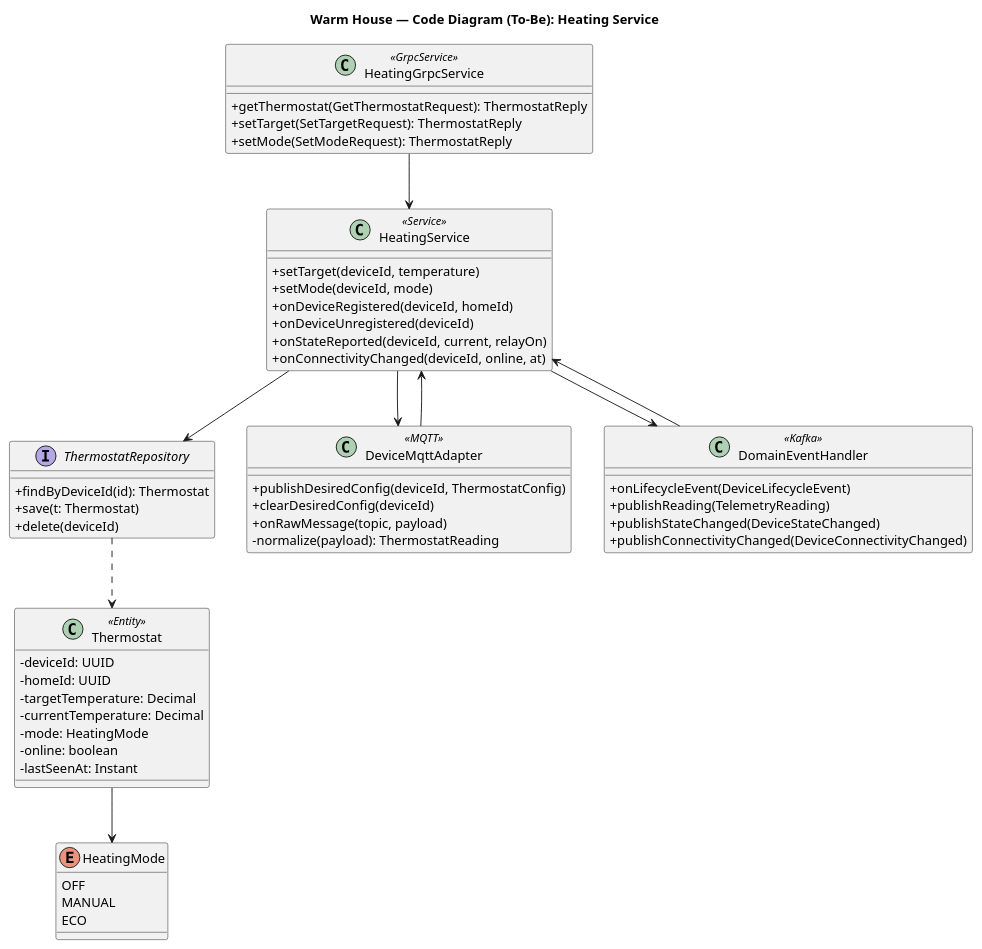
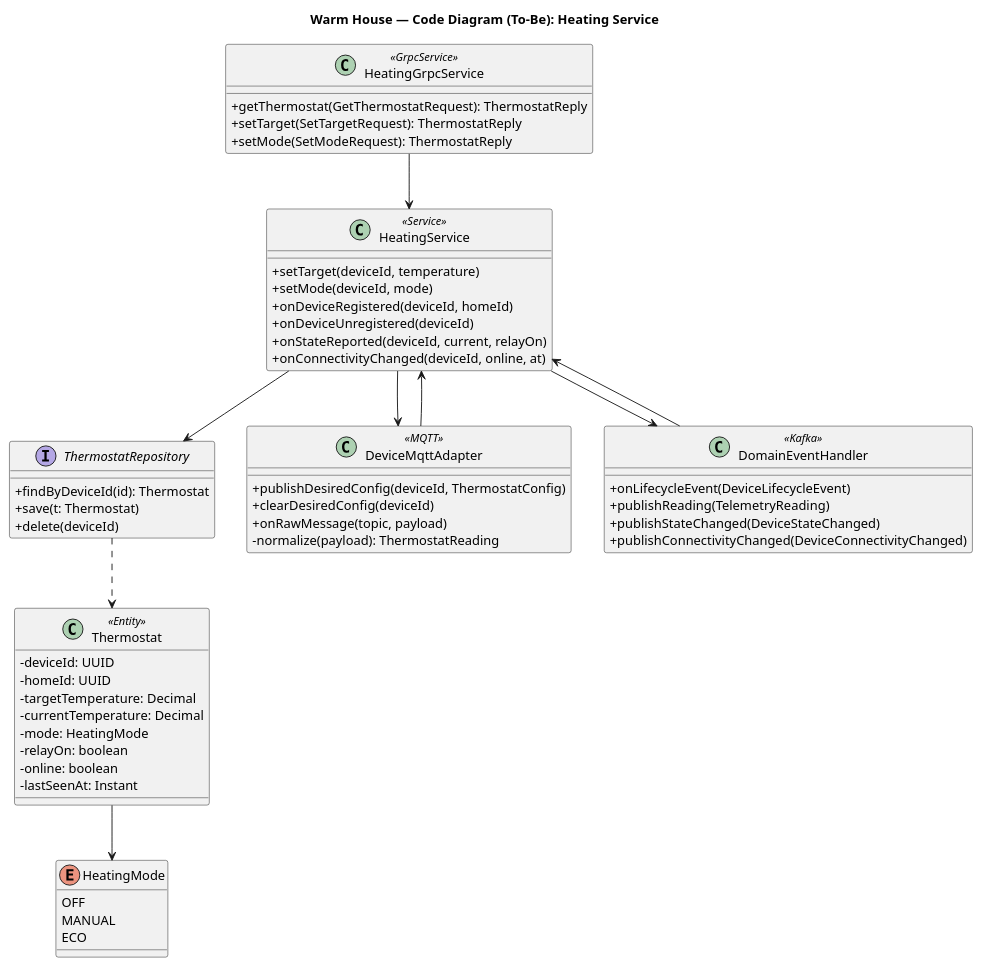
Before and after one commit to zahnah/architecture-pro-warmhouse: the diagram in schemas/diagrams/src/to_be/Code.puml, drawn with PlantUML. The commit also changed 5 other files, not shown here.

```diff
--- a/schemas/diagrams/src/to_be/Code.puml
+++ b/schemas/diagrams/src/to_be/Code.puml
@@ -1,68 +1,69 @@
 @startuml
 title Warm House — Code Diagram (To-Be): Heating Service
 
 top to bottom direction
 
 skinparam classAttributeIconSize 0
 
 class HeatingGrpcService <<GrpcService>> {
   +getThermostat(GetThermostatRequest): ThermostatReply
   +setTarget(SetTargetRequest): ThermostatReply
   +setMode(SetModeRequest): ThermostatReply
 }
 
 class HeatingService <<Service>> {
   +setTarget(deviceId, temperature)
   +setMode(deviceId, mode)
   +onDeviceRegistered(deviceId, homeId)
   +onDeviceUnregistered(deviceId)
   +onStateReported(deviceId, current, relayOn)
   +onConnectivityChanged(deviceId, online, at)
 }
 
 class Thermostat <<Entity>> {
   -deviceId: UUID
   -homeId: UUID
   -targetTemperature: Decimal
   -currentTemperature: Decimal
   -mode: HeatingMode
+  -relayOn: boolean
   -online: boolean
   -lastSeenAt: Instant
 }
 
 enum HeatingMode {
   OFF
   MANUAL
   ECO
 }
 
 interface ThermostatRepository {
   +findByDeviceId(id): Thermostat
   +save(t: Thermostat)
   +delete(deviceId)
 }
 
 class DeviceMqttAdapter <<MQTT>> {
   +publishDesiredConfig(deviceId, ThermostatConfig)
   +clearDesiredConfig(deviceId)
   +onRawMessage(topic, payload)
   -normalize(payload): ThermostatReading
 }
 
 class DomainEventHandler <<Kafka>> {
   +onLifecycleEvent(DeviceLifecycleEvent)
   +publishReading(TelemetryReading)
   +publishStateChanged(DeviceStateChanged)
   +publishConnectivityChanged(DeviceConnectivityChanged)
 }
 
 HeatingGrpcService --> HeatingService
 DeviceMqttAdapter --> HeatingService
 HeatingService --> DeviceMqttAdapter
 DomainEventHandler --> HeatingService
 HeatingService --> DomainEventHandler
 HeatingService --> ThermostatRepository
 ThermostatRepository ..> Thermostat
 Thermostat --> HeatingMode
 
 @enduml
```
